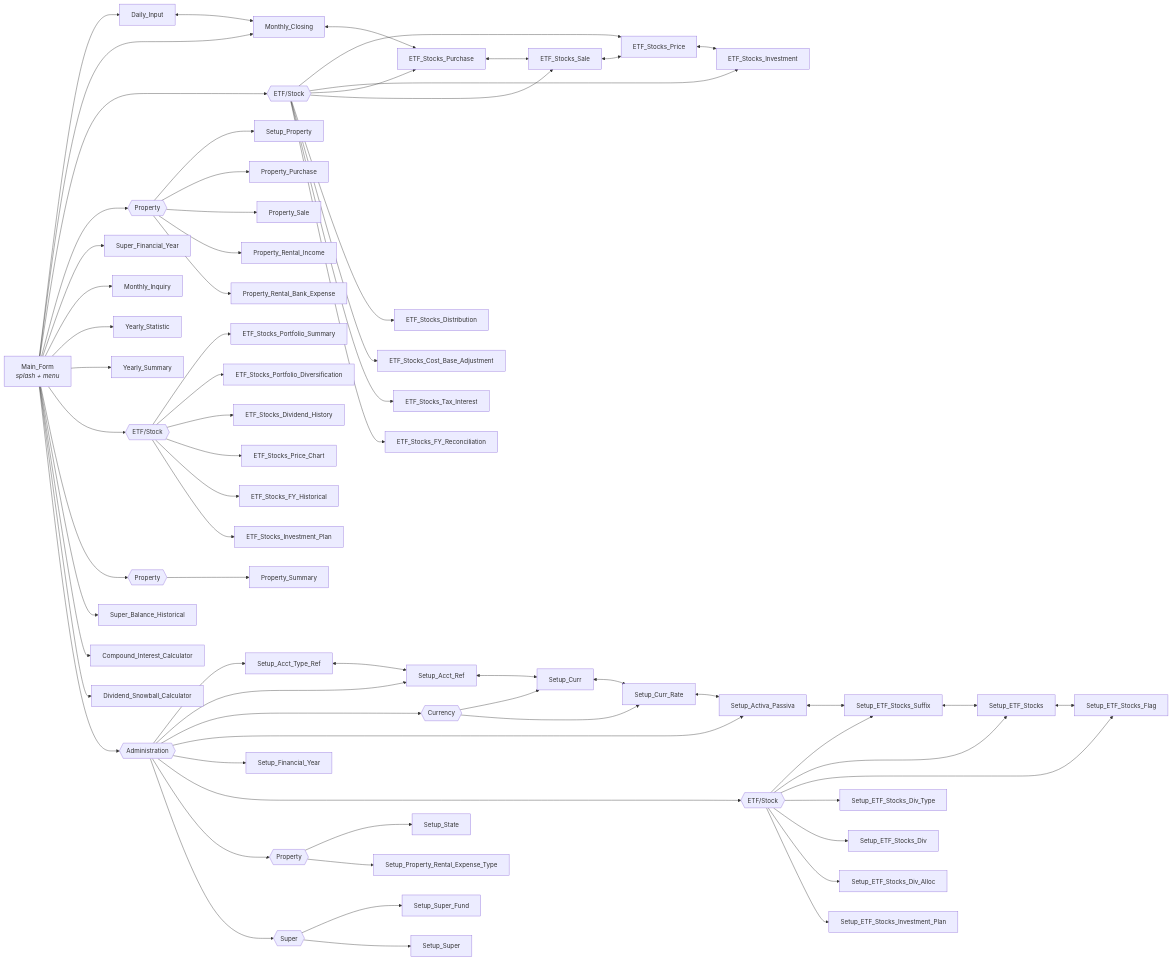
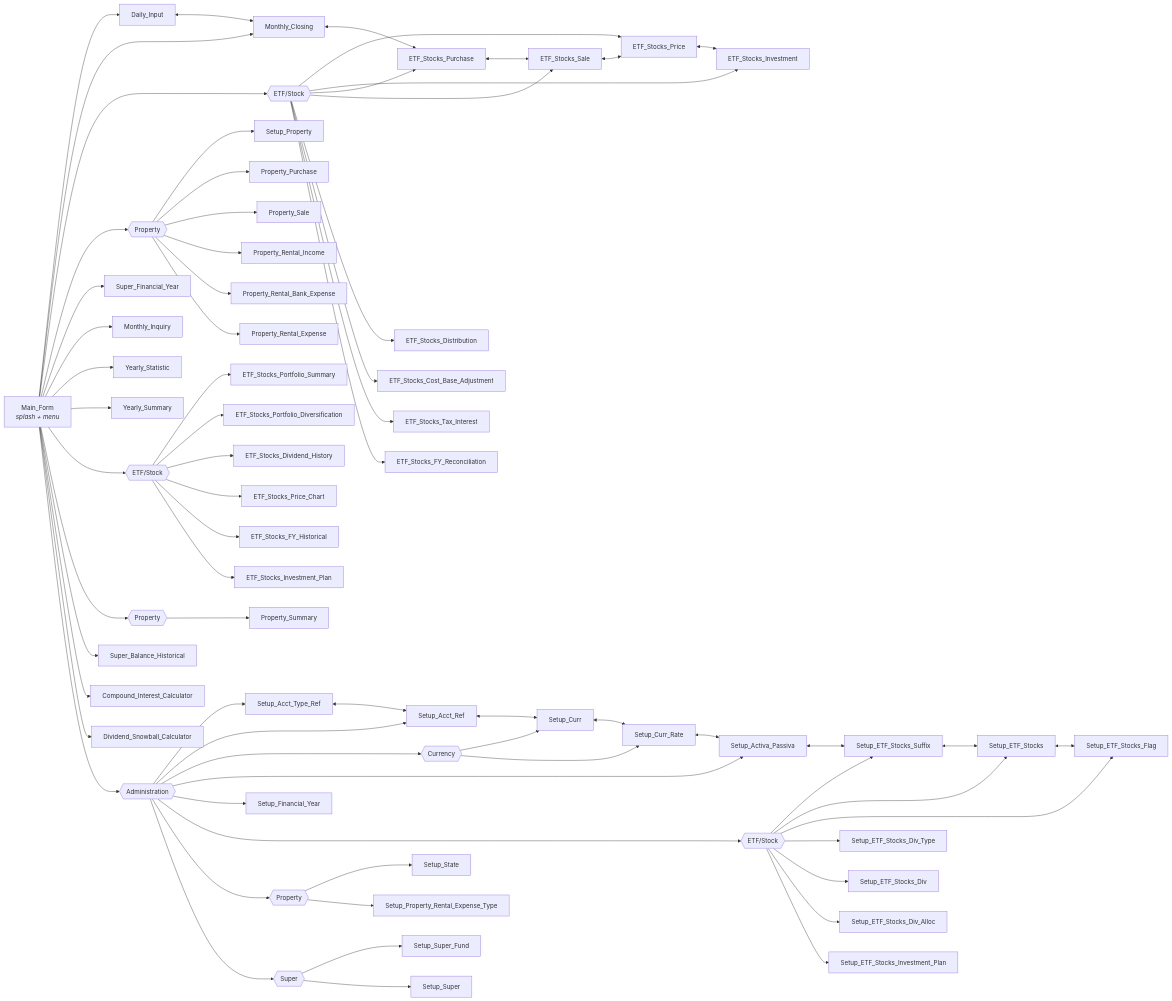
The second of 3 diagrams in README.md (oscar-rijadi/FinancialBalance), drawn with Mermaid before and after one commit. The commit also changed other lines of this file and 65 other files, not shown here.

Commit message:
Implement Property Rental Expense

````diff
--- a/README.md
+++ b/README.md
@@ -110,75 +110,76 @@
 ```mermaid
 flowchart LR
     MAIN["Main_Form<br/><i>splash + menu</i>"]
 
     MAIN --> DI["Daily_Input"]
     MAIN --> MC["Monthly_Closing"]
     MAIN --> PETFG{{"ETF/Stock"}}
     PETFG --> ETP["ETF_Stocks_Price"]
     PETFG --> ETI["ETF_Stocks_Investment"]
     PETFG --> ETB["ETF_Stocks_Purchase"]
     PETFG --> ETS["ETF_Stocks_Sale"]
     PETFG --> ETD["ETF_Stocks_Distribution"]
     PETFG --> ECB["ETF_Stocks_Cost_Base_Adjustment"]
     PETFG --> ETI2["ETF_Stocks_Tax_Interest"]
     PETFG --> ETR["ETF_Stocks_FY_Reconciliation"]
     MAIN --> PPROPG{{"Property"}}
     PPROPG --> SPROP["Setup_Property"]
     PPROPG --> PPUR["Property_Purchase"]
     PPROPG --> PSAL["Property_Sale"]
     PPROPG --> PRI["Property_Rental_Income"]
     PPROPG --> PRBE["Property_Rental_Bank_Expense"]
+    PPROPG --> PRE["Property_Rental_Expense"]
     MAIN --> SFYP["Super_Financial_Year"]
     MAIN --> MI["Monthly_Inquiry"]
     MAIN --> YT["Yearly_Statistic"]
     MAIN --> YS["Yearly_Summary"]
     MAIN --> PORTG{{"ETF/Stock"}}
     PORTG --> PSUM["ETF_Stocks_Portfolio_Summary"]
     PORTG --> PDIV["ETF_Stocks_Portfolio_Diversification"]
     PORTG --> PDVH["ETF_Stocks_Dividend_History"]
     PORTG --> PPCH["ETF_Stocks_Price_Chart"]
     PORTG --> PFYH["ETF_Stocks_FY_Historical"]
     PORTG --> PIVP["ETF_Stocks_Investment_Plan"]
     MAIN --> IPROPG{{"Property"}}
     IPROPG --> PSMY["Property_Summary"]
     MAIN --> SBH["Super_Balance_Historical"]
     MAIN --> CIC["Compound_Interest_Calculator"]
     MAIN --> DSC["Dividend_Snowball_Calculator"]
 
     MAIN --> ADMIN{{"Administration"}}
     ADMIN --> SATR["Setup_Acct_Type_Ref"]
     ADMIN --> SAR["Setup_Acct_Ref"]
     ADMIN --> CURG{{"Currency"}}
     CURG --> SC["Setup_Curr"]
     CURG --> SCR["Setup_Curr_Rate"]
     ADMIN --> SAP["Setup_Activa_Passiva"]
     ADMIN --> SFY["Setup_Financial_Year"]
     ADMIN --> ETFG{{"ETF/Stock"}}
     ETFG --> SES["Setup_ETF_Stocks_Suffix"]
     ETFG --> SET["Setup_ETF_Stocks"]
     ETFG --> SEF["Setup_ETF_Stocks_Flag"]
     ETFG --> SDT["Setup_ETF_Stocks_Div_Type"]
     ETFG --> SDV["Setup_ETF_Stocks_Div"]
     ETFG --> SDA["Setup_ETF_Stocks_Div_Alloc"]
     ETFG --> SIP["Setup_ETF_Stocks_Investment_Plan"]
     ADMIN --> PROPG{{"Property"}}
     PROPG --> SST["Setup_State"]
     PROPG --> SPRET["Setup_Property_Rental_Expense_Type"]
     ADMIN --> SUPG{{"Super"}}
     SUPG --> SSF["Setup_Super_Fund"]
     SUPG --> SSU["Setup_Super"]
 
     DI <--> MC
     MC <--> ETB
     ETB <--> ETS
     ETS <--> ETP
     ETP <--> ETI
 
     SATR <--> SAR
     SAR <--> SC
     SC <--> SCR
     SCR <--> SAP
     SAP <--> SES
     SES <--> SET
     SET <--> SEF
 ```
````
